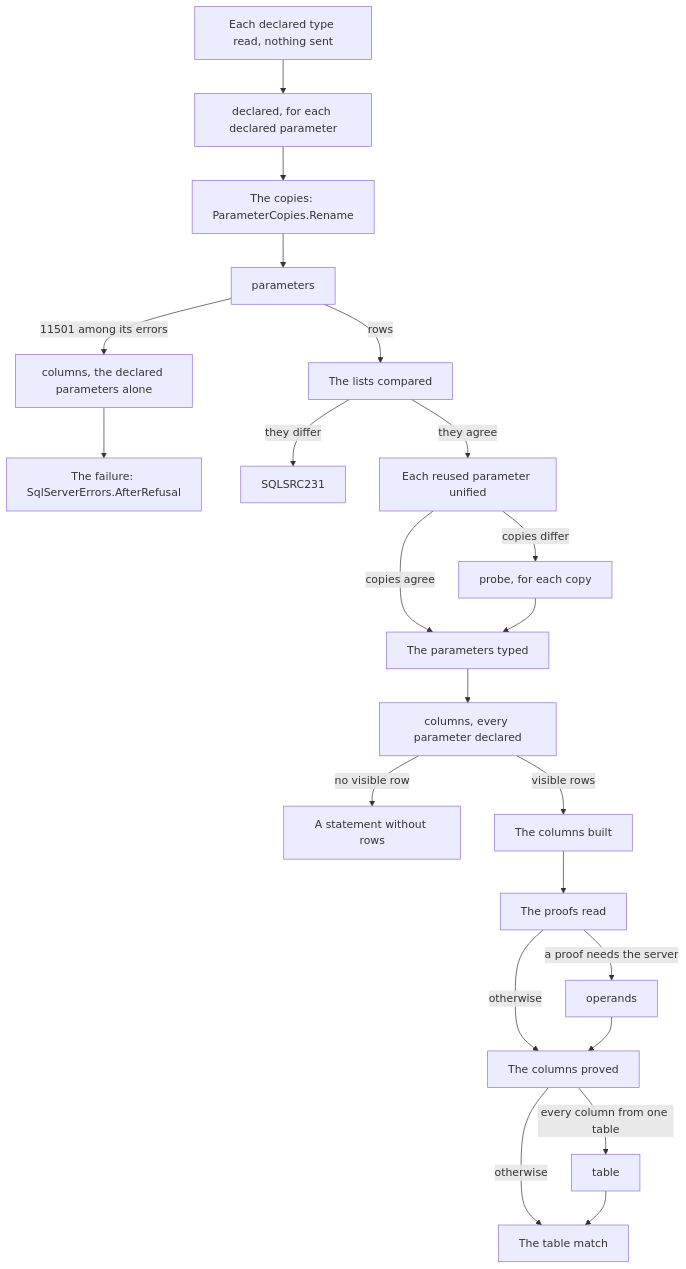
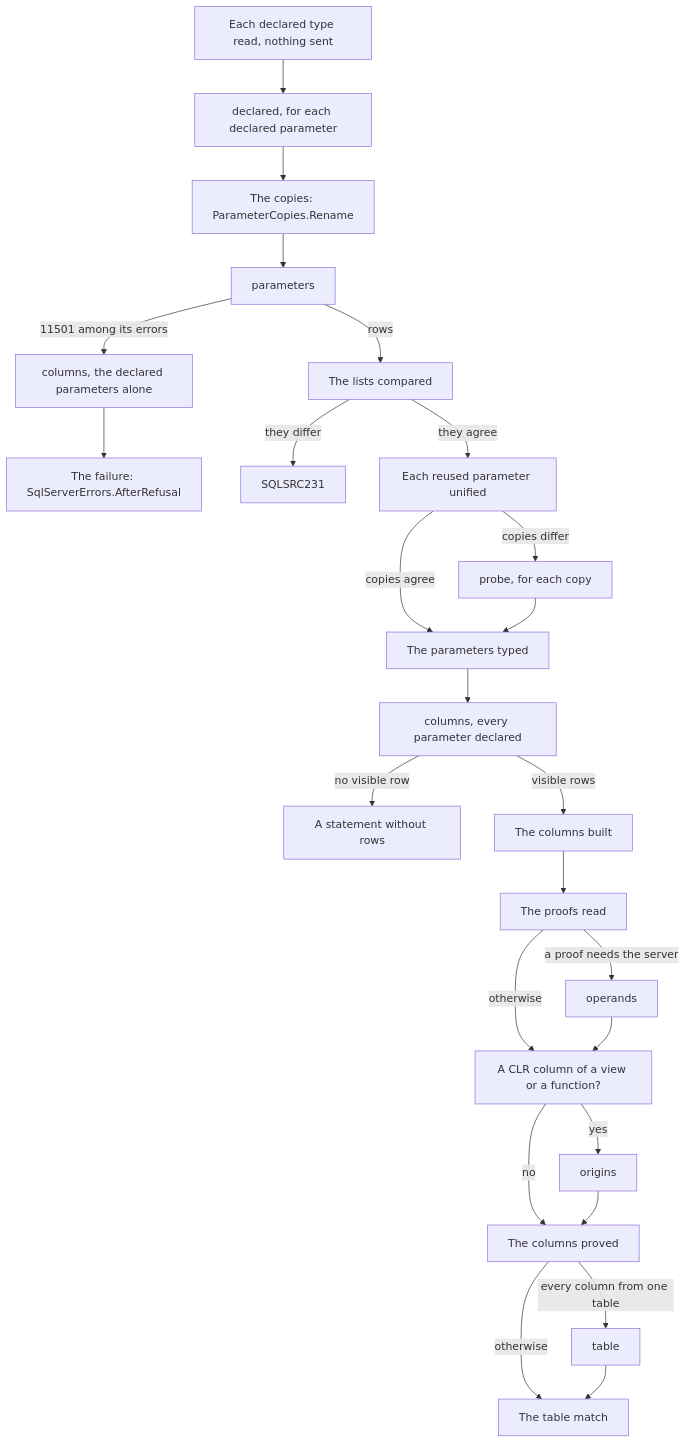
Before and after one commit to mbcrawfo/SqlSource: the diagram in docs/architecture/sqlserver-describer.md, drawn with Mermaid. The commit also changed other lines of this file and 45 other files, not shown here.

First line of the commit message:
fix: answer a SQL Server CLR column nullable unless nothing converted it

````diff
--- a/docs/architecture/sqlserver-describer.md
+++ b/docs/architecture/sqlserver-describer.md
@@ -109,24 +110,27 @@
 ```mermaid
 flowchart TD
     read["Each declared type read, nothing sent"] --> declared["declared, for each declared parameter"]
     declared --> rename["The copies: ParameterCopies.Rename"]
     rename --> parameters
     parameters -->|"11501 among its errors"| refusal["columns, the declared parameters alone"]
     refusal --> after["The failure: SqlServerErrors.AfterRefusal"]
     parameters -->|"rows"| lists["The lists compared"]
     lists -->|"they differ"| sqlsrc231["SQLSRC231"]
     lists -->|"they agree"| unify["Each reused parameter unified"]
     unify -->|"copies agree"| typed["The parameters typed"]
     unify -->|"copies differ"| probe["probe, for each copy"]
     probe --> typed
     typed --> columns["columns, every parameter declared"]
     columns -->|"no visible row"| none["A statement without rows"]
     columns -->|"visible rows"| built["The columns built"]
     built --> proofs["The proofs read"]
     proofs -->|"a proof needs the server"| operands
-    proofs -->|"otherwise"| proved["The columns proved"]
-    operands --> proved
+    proofs -->|"otherwise"| clr["A CLR column of a view or a function?"]
+    operands --> clr
+    clr -->|"yes"| origins
+    clr -->|"no"| proved["The columns proved"]
+    origins --> proved
     proved -->|"every column from one table"| table
     proved -->|"otherwise"| match["The table match"]
     table --> match
 ```
````
